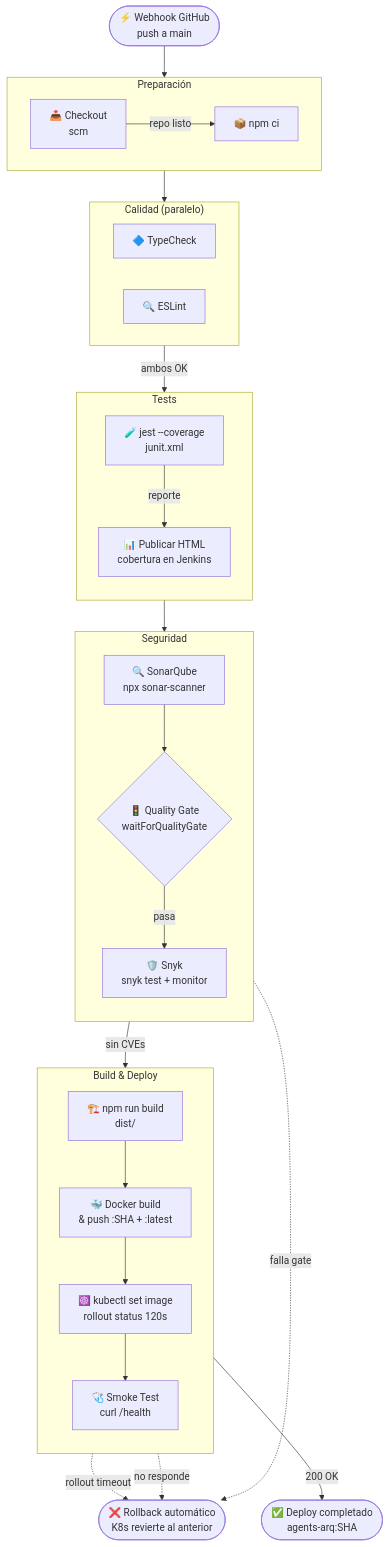
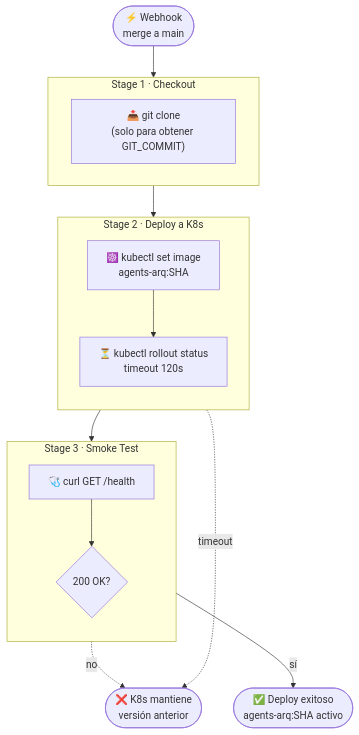
Before and after one commit to MAS-SABANA/MAS-01-DEVOPS-03-CICD: the second of 2 diagrams in diagrams/cicd-flow.md, drawn with Mermaid. The commit also changed other lines of this file and 2 other files, not shown here.

Commit message:
chore: Refactor Jenkinsfile and update CI/CD documentation for clarity and accuracy

````diff
--- a/diagrams/cicd-flow.md
+++ b/diagrams/cicd-flow.md
@@ -74,55 +74,30 @@
 ```mermaid
 flowchart TD
-  WEBHOOK(["⚡ Webhook GitHub\npush a main"])
+  WEBHOOK(["⚡ Webhook\nmerge a main"])
 
-  subgraph PREP["Preparación"]
-    direction LR
-    S1["📥 Checkout\nscm"]
-    S2["📦 npm ci"]
-    S1 -->|"repo listo"| S2
+  subgraph S1["Stage 1 · Checkout"]
+    C1["📥 git clone\n(solo para obtener GIT_COMMIT)"]
   end
 
-  subgraph CALIDAD["Calidad (paralelo)"]
-    direction LR
-    S3A["🔷 TypeCheck"]
-    S3B["🔍 ESLint"]
+  subgraph S2["Stage 2 · Deploy a K8s"]
+    direction TB
+    D1["☸️ kubectl set image\nagents-arq:SHA"]
+    D2["⏳ kubectl rollout status\ntimeout 120s"]
+    D1 --> D2
   end
 
-  subgraph TESTS["Tests"]
+  subgraph S3["Stage 3 · Smoke Test"]
     direction TB
-    S4["🧪 jest --coverage\njunit.xml"]
-    S4R["📊 Publicar HTML\ncobertura en Jenkins"]
-    S4 -->|"reporte"| S4R
+    SM1["🩺 curl GET /health"]
+    SM2{"200 OK?"}
+    SM1 --> SM2
   end
 
-  subgraph SEGURIDAD["Seguridad"]
-    direction TB
-    S5["🔍 SonarQube\nnpx sonar-scanner"]
-    S6{"🚦 Quality Gate\nwaitForQualityGate"}
-    S7["🛡️ Snyk\nsnyk test + monitor"]
-    S5 --> S6
-  end
+  OK(["✅ Deploy exitoso\nagents-arq:SHA activo"])
+  FAIL(["❌ K8s mantiene\nversión anterior"])
 
-  subgraph BUILD_DEPLOY["Build & Deploy"]
-    direction TB
-    S8["🏗️ npm run build\ndist/"]
-    S9["🐳 Docker build\n& push :SHA + :latest"]
-    S10["☸️ kubectl set image\nrollout status 120s"]
-    S11["🩺 Smoke Test\ncurl /health"]
-    S8 --> S9 --> S10 --> S11
-  end
-
-  OK(["✅ Deploy completado\nagents-arq:SHA"])
-  FAIL(["❌ Rollback automático\nK8s revierte al anterior"])
-
-  WEBHOOK   --> PREP
-  PREP      --> CALIDAD
-  CALIDAD   -->|"ambos OK"| TESTS
-  TESTS     --> SEGURIDAD
-  S6        -->|"pasa"| S7
-  S7        -->|"sin CVEs"| BUILD_DEPLOY
-  S11       -->|"200 OK"| OK
-  S6        -.->|"falla gate"| FAIL
-  S10       -.->|"rollout timeout"| FAIL
-  S11       -.->|"no responde"| FAIL
+  WEBHOOK --> S1 --> S2 --> S3
+  SM2     -->|"sí"| OK
+  SM2     -.->|"no"| FAIL
+  D2      -.->|"timeout"| FAIL
 ```
````
